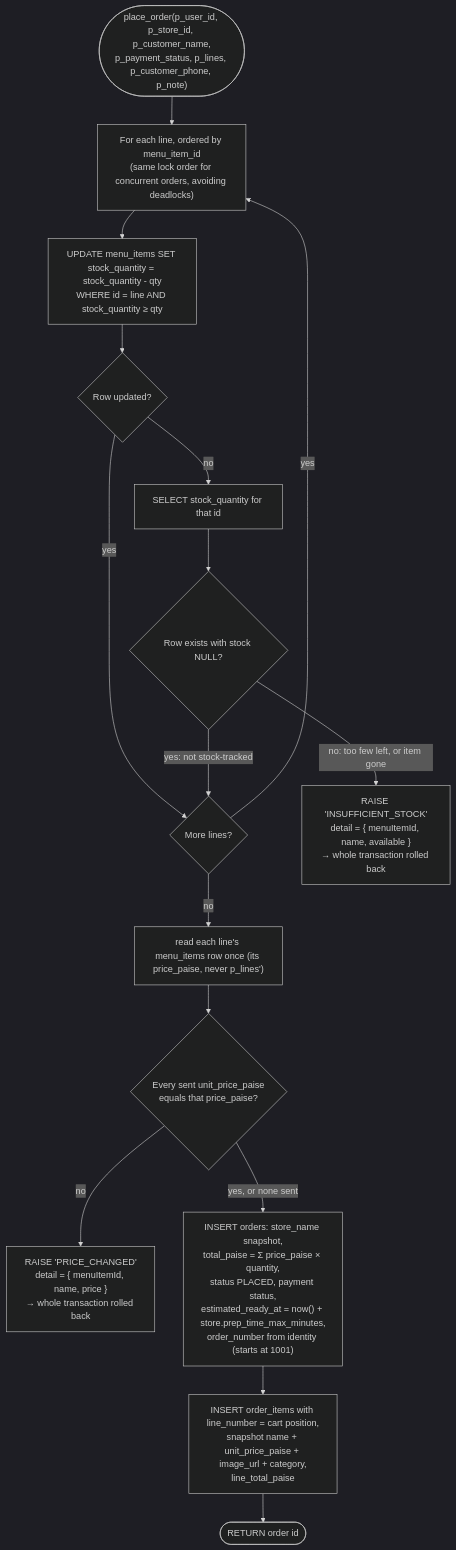
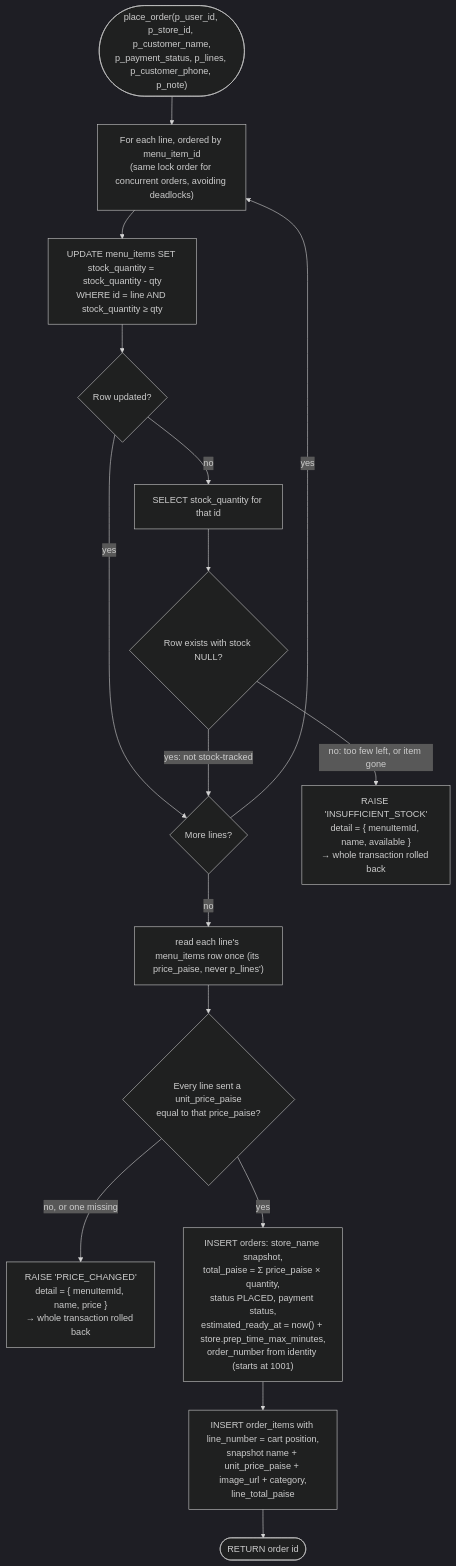
Diagram 13 of 28 in docs/ARCHITECTURE.md (The-KhaNha/KhaNha), drawn with Mermaid (dark theme) before and after one commit. The commit also changed 2 other files, not shown here.

Commit message:
Review fixes: docs show the missing-price refusal; staging order and no release before P8
SCHEMA.md and the ARCHITECTURE.md place_order flowchart still showed a line
without unit_price_paise passing unchecked. The plan now says the contract
migration reaches staging only after feat/P1 is in dev and staging runs that
API, and that P1 ends at dev: no release into main until P8.

````diff
--- a/docs/ARCHITECTURE.md
+++ b/docs/ARCHITECTURE.md
@@ -571,18 +571,18 @@
 ```mermaid
 flowchart TD
   Start(["place_order(p_user_id, p_store_id, p_customer_name,<br/>p_payment_status, p_lines, p_customer_phone, p_note)"]) --> Loop["For each line, ordered by menu_item_id<br/>(same lock order for concurrent orders, avoiding deadlocks)"]
   Loop --> Dec["UPDATE menu_items SET stock_quantity = stock_quantity - qty<br/>WHERE id = line AND stock_quantity ≥ qty"]
   Dec --> Found{"Row updated?"}
   Found -->|"yes"| Next{"More lines?"}
   Found -->|"no"| Look["SELECT stock_quantity for that id"]
   Look --> Why{"Row exists with stock NULL?"}
   Why -->|"yes: not stock-tracked"| Next
   Why -->|"no: too few left, or item gone"| Raise["RAISE 'INSUFFICIENT_STOCK'<br/>detail = { menuItemId, name, available }<br/>→ whole transaction rolled back"]
   Next -->|"yes"| Loop
   Next -->|"no"| Read["read each line's menu_items row once (its price_paise, never p_lines')"]
-  Read --> Same{"Every sent unit_price_paise<br/>equals that price_paise?"}
-  Same -->|"no"| RaisePrice["RAISE 'PRICE_CHANGED'<br/>detail = { menuItemId, name, price }<br/>→ whole transaction rolled back"]
-  Same -->|"yes, or none sent"| InsOrder["INSERT orders: store_name snapshot,<br/>total_paise = Σ price_paise × quantity,<br/>status PLACED, payment status,<br/>estimated_ready_at = now() + store.prep_time_max_minutes,<br/>order_number from identity (starts at 1001)"]
+  Read --> Same{"Every line sent a unit_price_paise<br/>equal to that price_paise?"}
+  Same -->|"no, or one missing"| RaisePrice["RAISE 'PRICE_CHANGED'<br/>detail = { menuItemId, name, price }<br/>→ whole transaction rolled back"]
+  Same -->|"yes"| InsOrder["INSERT orders: store_name snapshot,<br/>total_paise = Σ price_paise × quantity,<br/>status PLACED, payment status,<br/>estimated_ready_at = now() + store.prep_time_max_minutes,<br/>order_number from identity (starts at 1001)"]
   InsOrder --> InsItems["INSERT order_items with line_number = cart position,<br/>snapshot name + unit_price_paise + image_url + category,<br/>line_total_paise"]
   InsItems --> Ret(["RETURN order id"])
 ```
````
